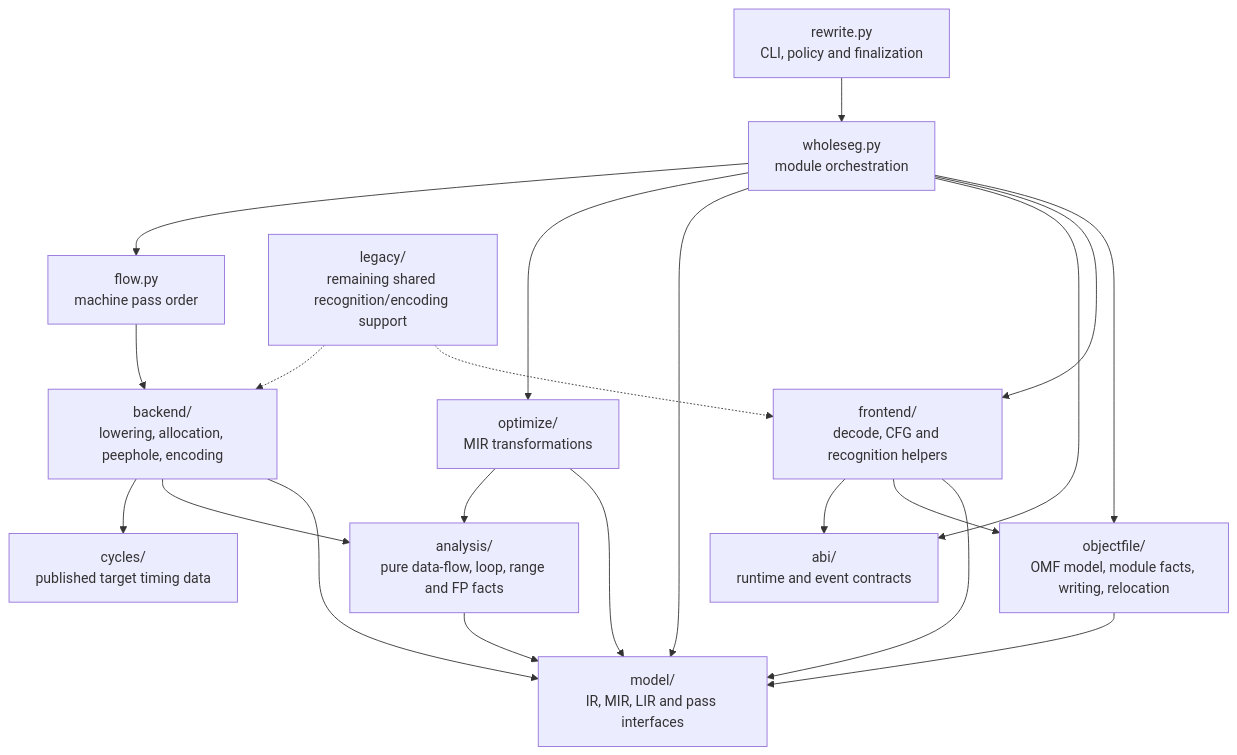
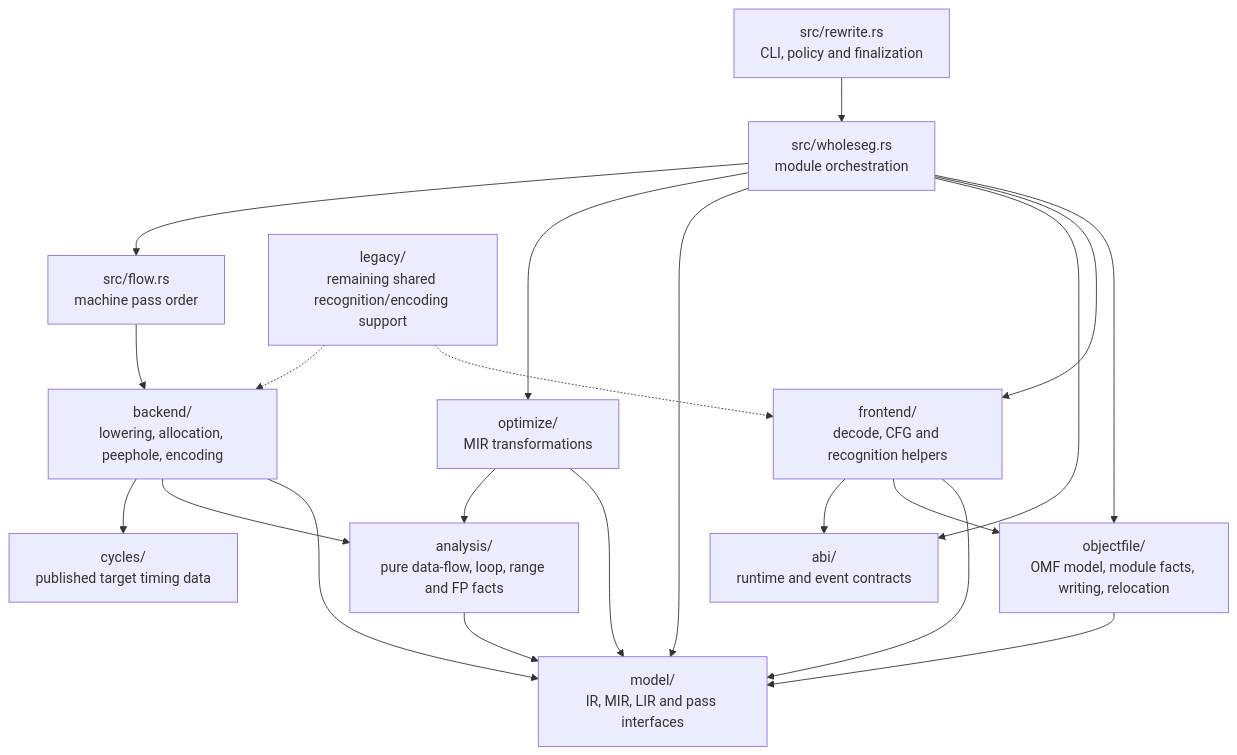
One commit to ali-mosavian/llrm changed diagram 12 of 13 in docs/architecture.md. Above: the diagram before and after it, drawn with Mermaid. The commit also changed other lines of this file and 37 other files, not shown here.

````diff
--- a/docs/architecture.md
+++ b/docs/architecture.md
@@ -509,25 +517,25 @@
 ```mermaid
 flowchart TD
-    Rewrite["rewrite.py<br/>CLI, policy and finalization"] --> Whole["wholeseg.py<br/>module orchestration"]
+    Rewrite["src/rewrite.rs<br/>CLI, policy and finalization"] --> Whole["src/wholeseg.rs<br/>module orchestration"]
     Whole --> Obj["objectfile/<br/>OMF model, module facts, writing, relocation"]
     Whole --> Front["frontend/<br/>decode, CFG and recognition helpers"]
     Whole --> ABI["abi/<br/>runtime and event contracts"]
     Whole --> Model["model/<br/>IR, MIR, LIR and pass interfaces"]
     Whole --> Opt["optimize/<br/>MIR transformations"]
-    Whole --> Flow["flow.py<br/>machine pass order"]
+    Whole --> Flow["src/flow.rs<br/>machine pass order"]
     Flow --> Back["backend/<br/>lowering, allocation, peephole, encoding"]
 
     Front --> Model
     Front --> Obj
     Front --> ABI
     Opt --> Model
     Opt --> Analysis["analysis/<br/>pure data-flow, loop, range and FP facts"]
     Analysis --> Model
     Back --> Model
     Back --> Analysis
     Back --> Cycles["cycles/<br/>published target timing data"]
     Obj --> Model
 
     Legacy["legacy/<br/>remaining shared recognition/encoding support"] -.-> Front
     Legacy -.-> Back
 ```
````
